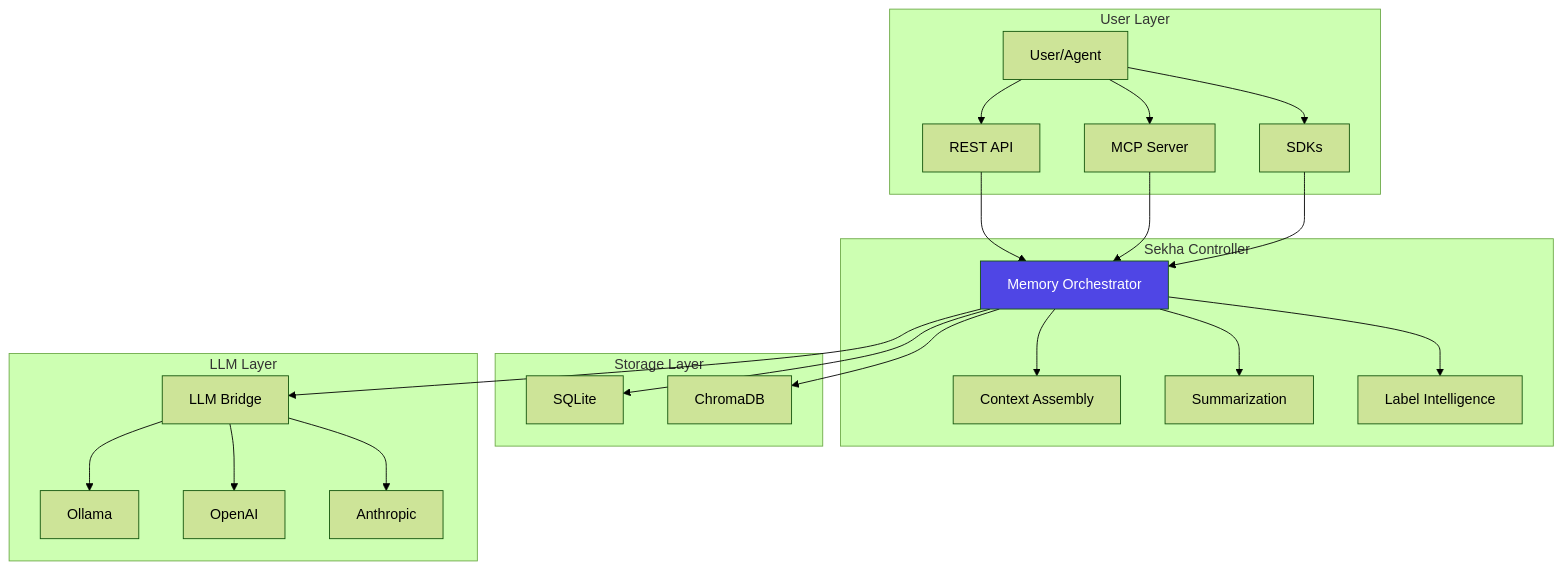
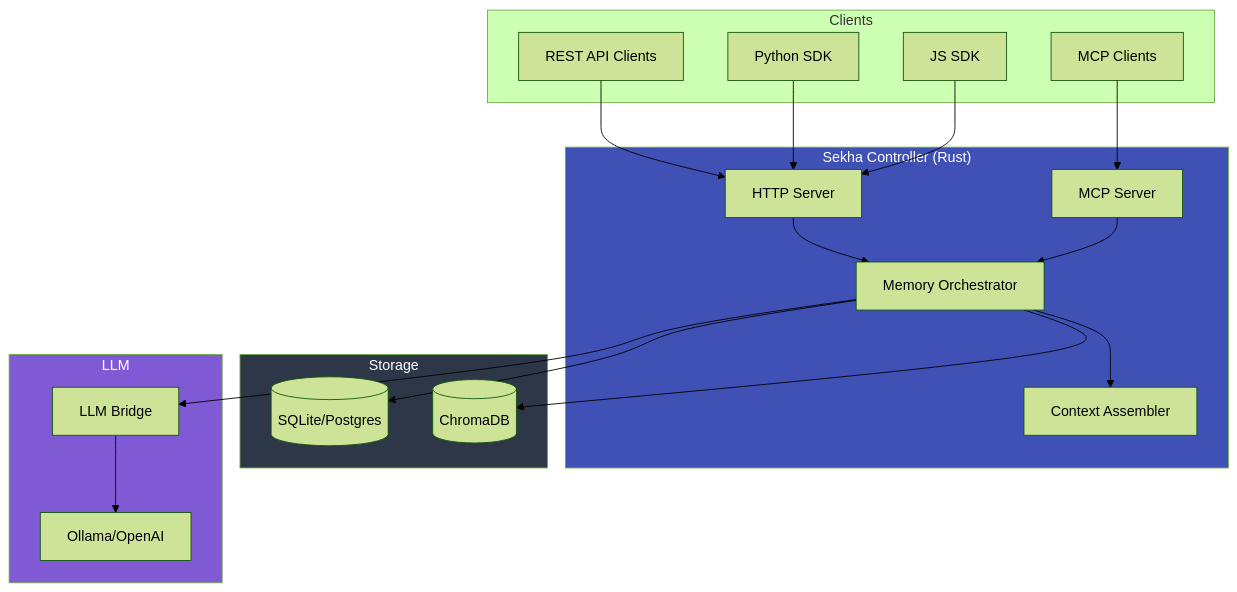
Before and after one commit to sekha-ai/sekha-website: the first of 5 diagrams in docs/architecture/index.md, drawn with Mermaid (forest theme). The commit also changed other lines of this file and 1 other file, not shown here.

First line of the commit message:
docs: add first conversation, architecture, and deployment guides

````diff
--- a/docs/architecture/index.md
+++ b/docs/architecture/index.md
@@ -9,31 +7,45 @@
 ```mermaid
 graph TB
-    subgraph "User Layer"
-        A[User/Agent] --> B[REST API]
-        A --> C[MCP Server]
-        A --> D[SDKs]
+    subgraph Clients
+        A1[REST API Clients]
+        A2[MCP Clients]
+        A3[Python SDK]
+        A4[JS SDK]
     end
     
-    subgraph "Sekha Controller"
-        B --> E[Memory Orchestrator]
-        C --> E
-        D --> E
-        E --> F[Context Assembly]
-        E --> G[Summarization]
-        E --> H[Label Intelligence]
+    subgraph Controller ["Sekha Controller (Rust)"]
+        B1[HTTP Server]
+        B2[MCP Server]
+        B3[Memory Orchestrator]
+        B4[Context Assembler]
     end
     
-    subgraph "Storage Layer"
-        E --> I[SQLite]
-        E --> J[ChromaDB]
+    subgraph Storage
+        C1[(SQLite/Postgres)]
+        C2[(ChromaDB)]
     end
     
-    subgraph "LLM Layer"
-        E --> K[LLM Bridge]
-        K --> L[Ollama]
-        K --> M[OpenAI]
-        K --> N[Anthropic]
+    subgraph LLM
+        D1[LLM Bridge]
+        D2[Ollama/OpenAI]
     end
     
-    style E fill:#4f46e5,color:#fff
+    A1 --> B1
+    A2 --> B2
+    A3 --> B1
+    A4 --> B1
+    
+    B1 --> B3
+    B2 --> B3
+    B3 --> B4
+    
+    B3 --> C1
+    B3 --> C2
+    B3 --> D1
+    
+    D1 --> D2
+    
+    style Controller fill:#4051b5,color:#fff
+    style Storage fill:#2d3748,color:#fff
+    style LLM fill:#805ad5,color:#fff
 ```
````
